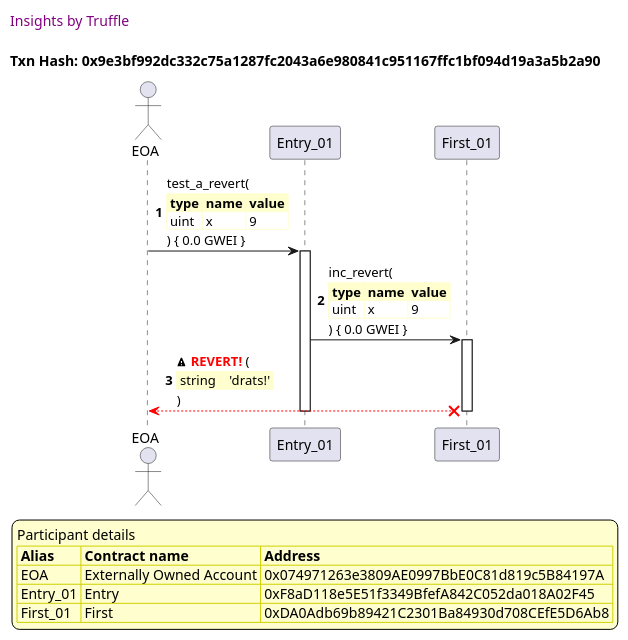
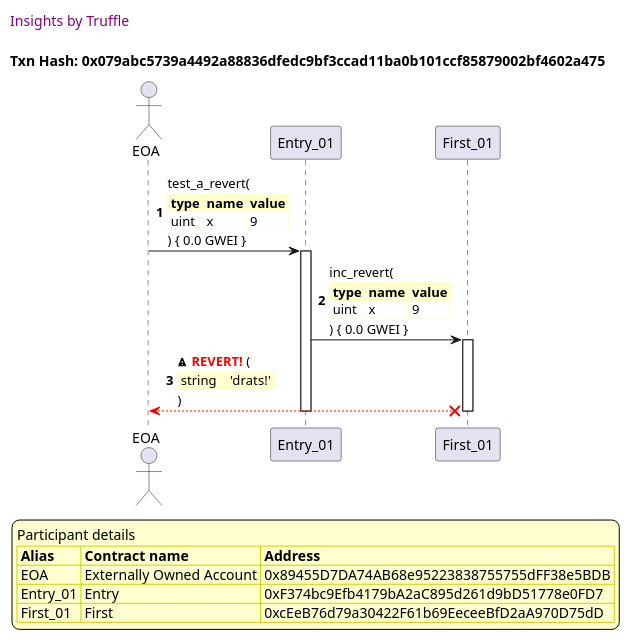
The sixth of 8 diagrams in truffle-seq/basics.md (trufflesuite/txlog-seedlings), drawn with PlantUML before and after one commit. The commit also changed other lines of this file and 8 other files, not shown here.

````diff
--- a/truffle-seq/basics.md
+++ b/truffle-seq/basics.md
@@ -313,50 +313,50 @@
 ```plantuml
 
 
 @startuml
 
 autonumber
 skinparam legendBackgroundColor #FEFECE
 
 <style>
       header {
         HorizontalAlignment left
         FontColor purple
         FontSize 14
         Padding 10
       }
     </style>
 
 header Insights by Truffle
 
-title Txn Hash: 0x9e3bf992dc332c75a1287fc2043a6e980841c951167ffc1bf094d19a3a5b2a90
+title Txn Hash: 0x079abc5739a4492a88836dfedc9bf3ccad11ba0b101ccf85879002bf4602a475
 
 
 actor EOA as "EOA"
 participant Entry_01 as "Entry_01"
 participant First_01 as "First_01"
 
 "EOA" -> "Entry_01" ++: test_a_revert(\n\
 <#FEFECE,#FEFECE>|= type |= name |= value |\n\
 | uint | x | 9 |\n\
 ) { 0.0 GWEI }
 "Entry_01" -> "First_01" ++: inc_revert(\n\
 <#FEFECE,#FEFECE>|= type |= name |= value |\n\
 | uint | x | 9 |\n\
 ) { 0.0 GWEI }
 "First_01" x-[#red]-> "EOA" --: <&warning> <color #red>**REVERT!**</color> (\n\
 <#FEFECE,#FEFECE>| string |  | 'drats!' |\n\
 )
 deactivate "First_01"
 deactivate "Entry_01"
 
 legend
 Participant details
 <#FEFECE,#D0D000>|= Alias |= Contract name |= Address |
-<#FEFECE>| EOA | Externally Owned Account | 0x074971263e3809AE0997BbE0C81d819c5B84197A |
-<#FEFECE>| Entry_01 | Entry | 0xF8aD118e5E51f3349BfefA842C052da018A02F45 |
-<#FEFECE>| First_01 | First | 0xDA0Adb69b89421C2301Ba84930d708CEfE5D6Ab8 |
+<#FEFECE>| EOA | Externally Owned Account | 0x89455D7DA74AB68e95223838755755dFF38e5BDB |
+<#FEFECE>| Entry_01 | Entry | 0xF374bc9Efb4179bA2aC895d261d9bD51778e0FD7 |
+<#FEFECE>| First_01 | First | 0xcEeB76d79a30422F61b69EeceeBfD2aA970D75dD |
 endlegend
 
 @enduml
 ```
````
